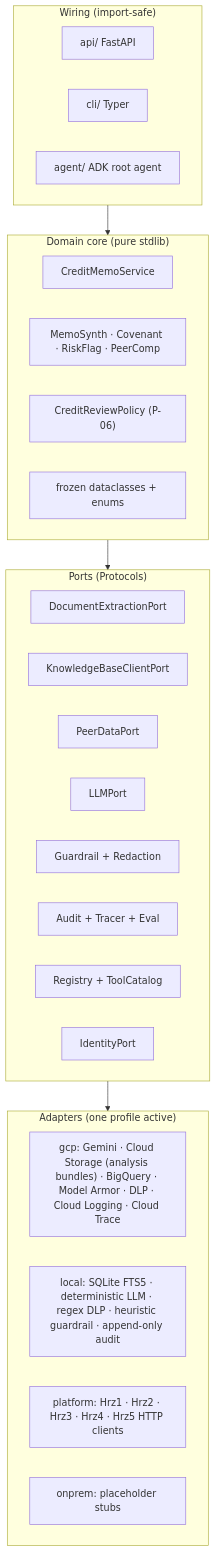
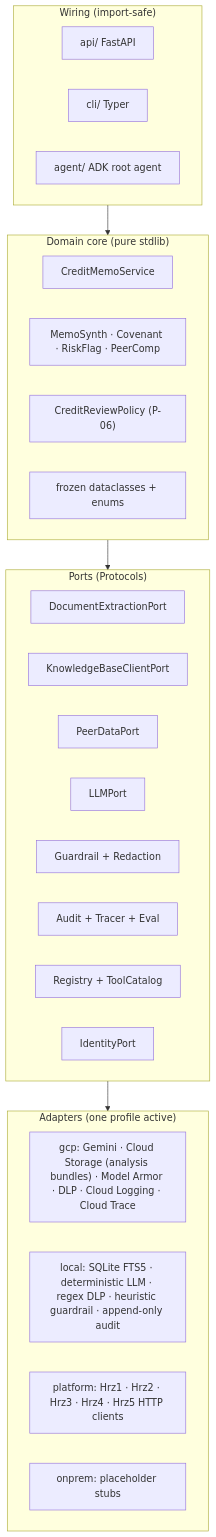
One commit to portable-genai/credit-memo-drafting changed the first of 3 diagrams in ARCHITECTURE.md. Above: the diagram before and after it, drawn with Mermaid. The commit also changed other lines of this file and 29 other files, not shown here.

````diff
--- a/ARCHITECTURE.md
+++ b/ARCHITECTURE.md
@@ -13,33 +13,33 @@
 ```mermaid
 flowchart TB
   subgraph wiring["Wiring (import-safe)"]
     api["api/ FastAPI"]
     cli["cli/ Typer"]
     agent["agent/ ADK root agent"]
   end
   subgraph core["Domain core (pure stdlib)"]
     svc["CreditMemoService"]
     sub["MemoSynth · Covenant · RiskFlag · PeerComp"]
     policy["CreditReviewPolicy (P-06)"]
     models["frozen dataclasses + enums"]
   end
   subgraph ports["Ports (Protocols)"]
     p_ex["DocumentExtractionPort"]
     p_kb["KnowledgeBaseClientPort"]
     p_peer["PeerDataPort"]
     p_llm["LLMPort"]
     p_safe["Guardrail + Redaction"]
     p_obs["Audit + Tracer + Eval"]
     p_gov["Registry + ToolCatalog"]
     p_id["IdentityPort"]
   end
   subgraph adapters["Adapters (one profile active)"]
-    gcp["gcp: Gemini · Cloud Storage (analysis bundles) · BigQuery · Model Armor · DLP · Cloud Logging · Cloud Trace"]
+    gcp["gcp: Gemini · Cloud Storage (analysis bundles) · Model Armor · DLP · Cloud Logging · Cloud Trace"]
     local["local: SQLite FTS5 · deterministic LLM · regex DLP · heuristic guardrail · append-only audit"]
     platform["platform: Hrz1 · Hrz2 · Hrz3 · Hrz4 · Hrz5 HTTP clients"]
     onprem["onprem: placeholder stubs"]
   end
   wiring --> core
   core --> ports
   ports --> adapters
 ```
````
